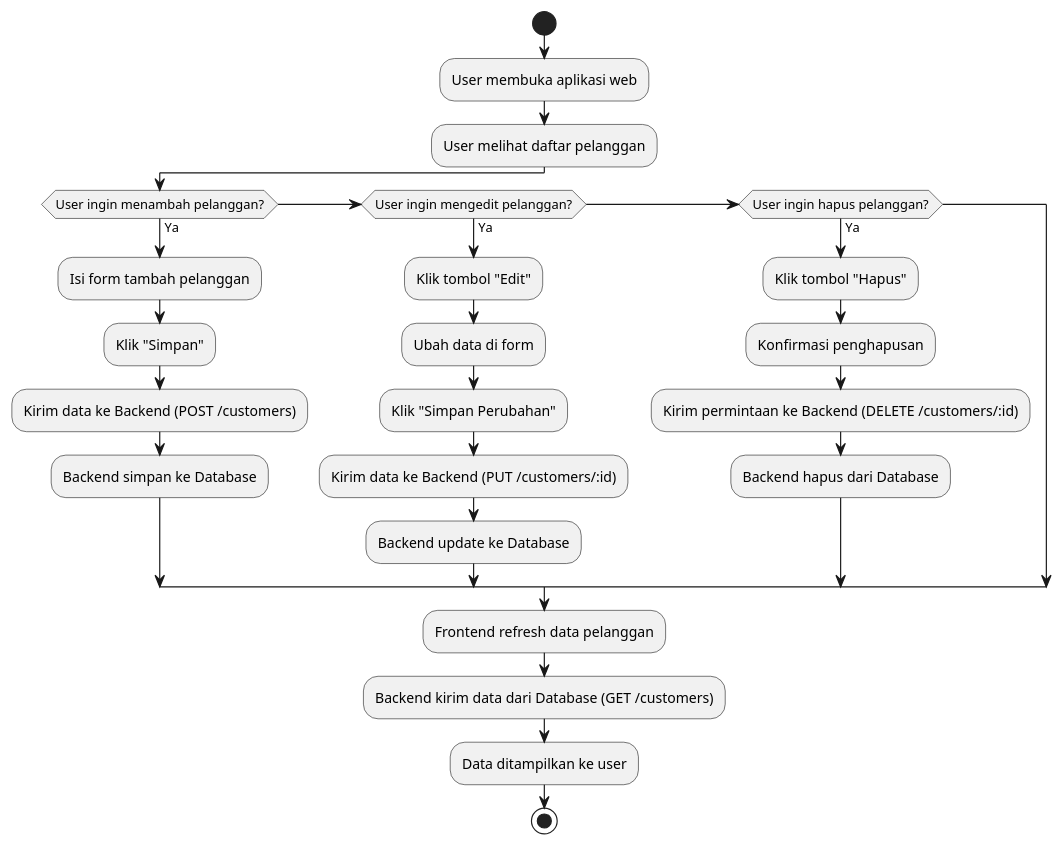
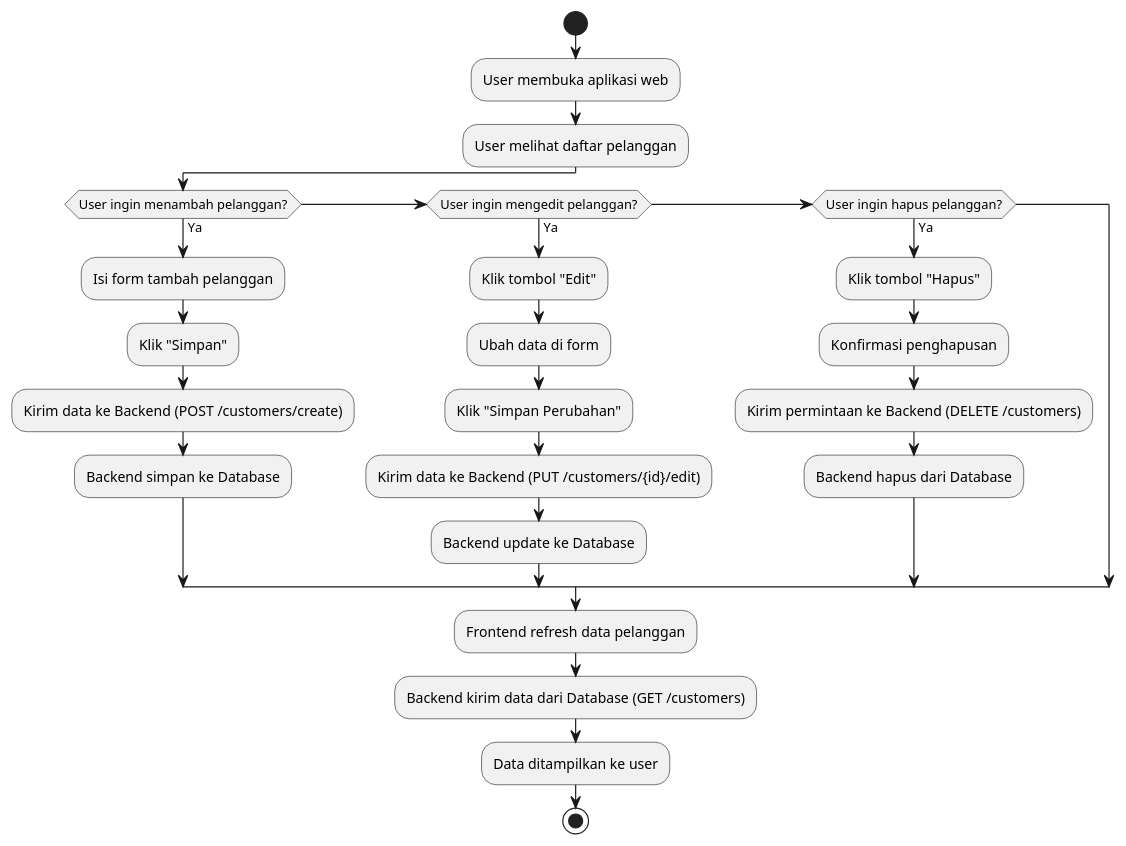
The diagram in UTS/kerangka_berpikir/flowchart.puml (Arthur130719/pemweb), drawn with PlantUML before and after one commit.

```diff
--- a/UTS/kerangka_berpikir/flowchart.puml
+++ b/UTS/kerangka_berpikir/flowchart.puml
@@ -1,29 +1,29 @@
 @startuml
 start
 
 :User membuka aplikasi web;
 :User melihat daftar pelanggan;
 if (User ingin menambah pelanggan?) then (Ya)
   :Isi form tambah pelanggan;
   :Klik "Simpan";
-  :Kirim data ke Backend (POST /customers);
+  :Kirim data ke Backend (POST /customers/create);
   :Backend simpan ke Database;
 elseif (User ingin mengedit pelanggan?) then (Ya)
   :Klik tombol "Edit";
   :Ubah data di form;
   :Klik "Simpan Perubahan";
-  :Kirim data ke Backend (PUT /customers/:id);
+  :Kirim data ke Backend (PUT /customers/{id}/edit);
   :Backend update ke Database;
 elseif (User ingin hapus pelanggan?) then (Ya)
   :Klik tombol "Hapus";
   :Konfirmasi penghapusan;
-  :Kirim permintaan ke Backend (DELETE /customers/:id);
+  :Kirim permintaan ke Backend (DELETE /customers);
   :Backend hapus dari Database;
 endif
 
 :Frontend refresh data pelanggan;
 :Backend kirim data dari Database (GET /customers);
 :Data ditampilkan ke user;
 
 stop
 @enduml
```
